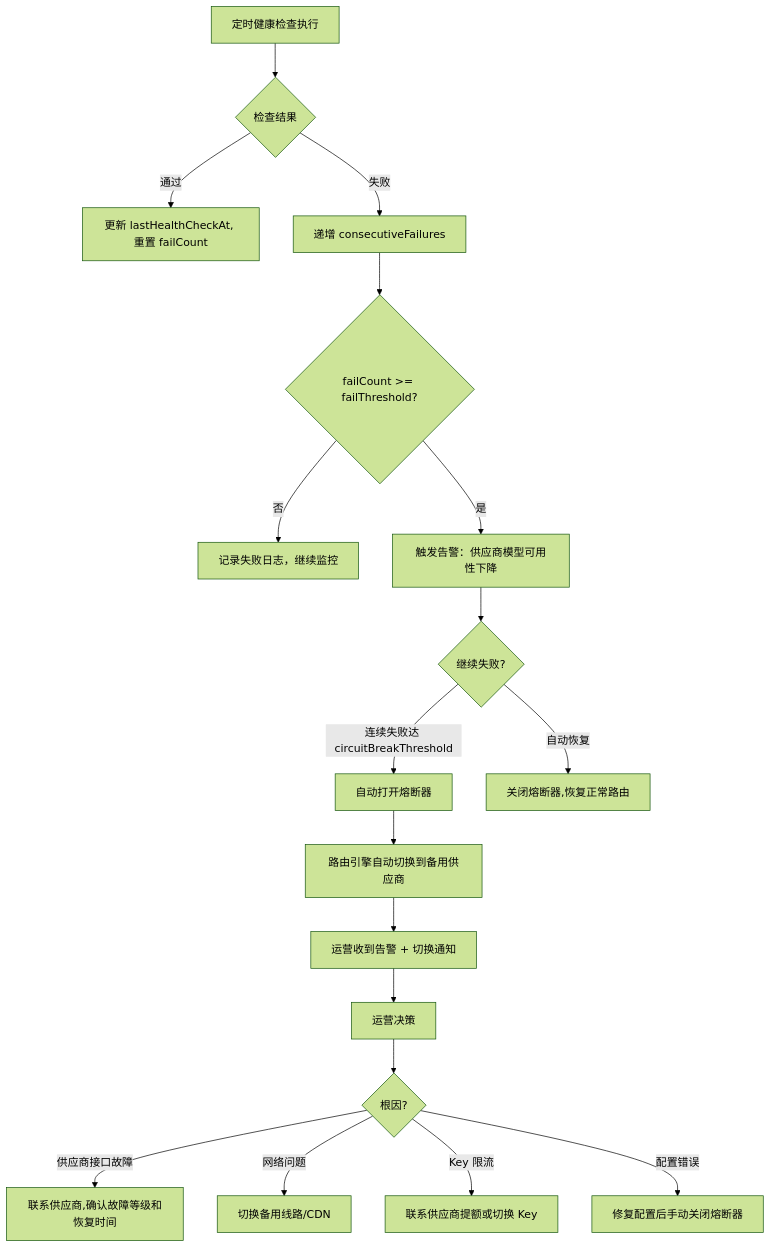
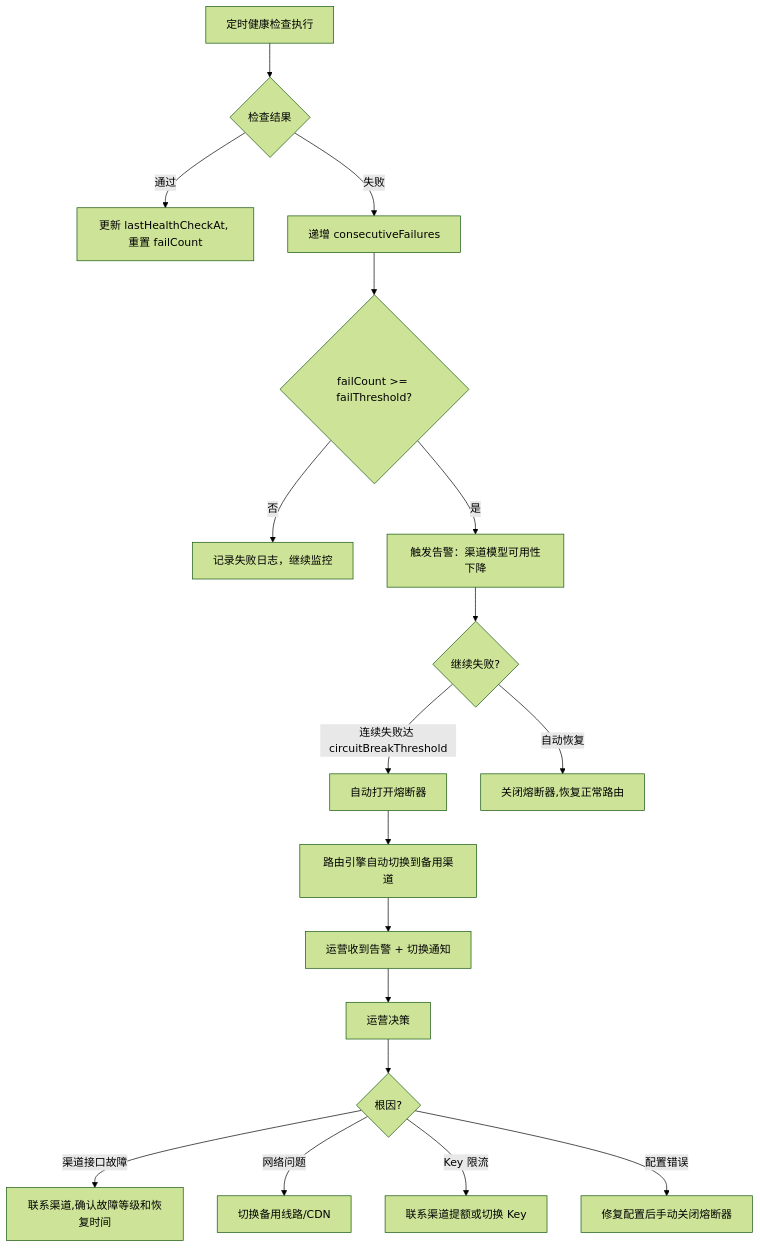
One commit to k19008800/3c changed the first of 2 diagrams in docs/ref-4.3-vendor-model.md. Above: the diagram before and after it, drawn with Mermaid (forest theme). The commit also changed other lines of this file and 616 other files, not shown here.

````diff
--- a/docs/ref-4.3-vendor-model.md
+++ b/docs/ref-4.3-vendor-model.md
@@ -870,21 +870,21 @@
 ```mermaid
 flowchart TD
     A[定时健康检查执行] --> B{检查结果}
     B -->|通过| C[更新 lastHealthCheckAt, 重置 failCount]
     B -->|失败| D[递增 consecutiveFailures]
     D --> E{failCount >= failThreshold?}
     E -->|否| F[记录失败日志，继续监控]
-    E -->|是| G[触发告警：供应商模型可用性下降]
+    E -->|是| G[触发告警：渠道模型可用性下降]
     G --> H{继续失败?}
     H -->|连续失败达 circuitBreakThreshold| I[自动打开熔断器]
-    I --> J[路由引擎自动切换到备用供应商]
+    I --> J[路由引擎自动切换到备用渠道]
     J --> K[运营收到告警 + 切换通知]
     K --> L[运营决策]
     L --> M{根因?}
-    M -->|供应商接口故障| N[联系供应商,确认故障等级和恢复时间]
+    M -->|渠道接口故障| N[联系渠道,确认故障等级和恢复时间]
     M -->|网络问题| O[切换备用线路/CDN]
-    M -->|Key 限流| P[联系供应商提额或切换 Key]
+    M -->|Key 限流| P[联系渠道提额或切换 Key]
     M -->|配置错误| Q[修复配置后手动关闭熔断器]
-    
+
     H -->|自动恢复| R[关闭熔断器,恢复正常路由]
 ```
````
